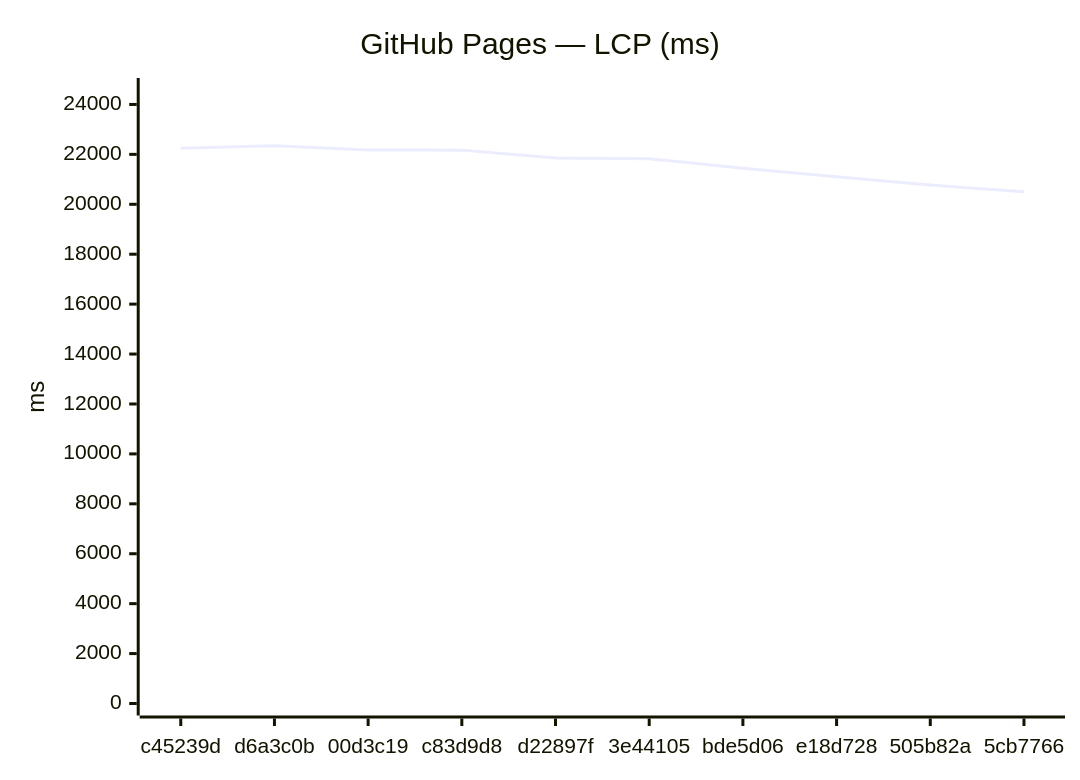
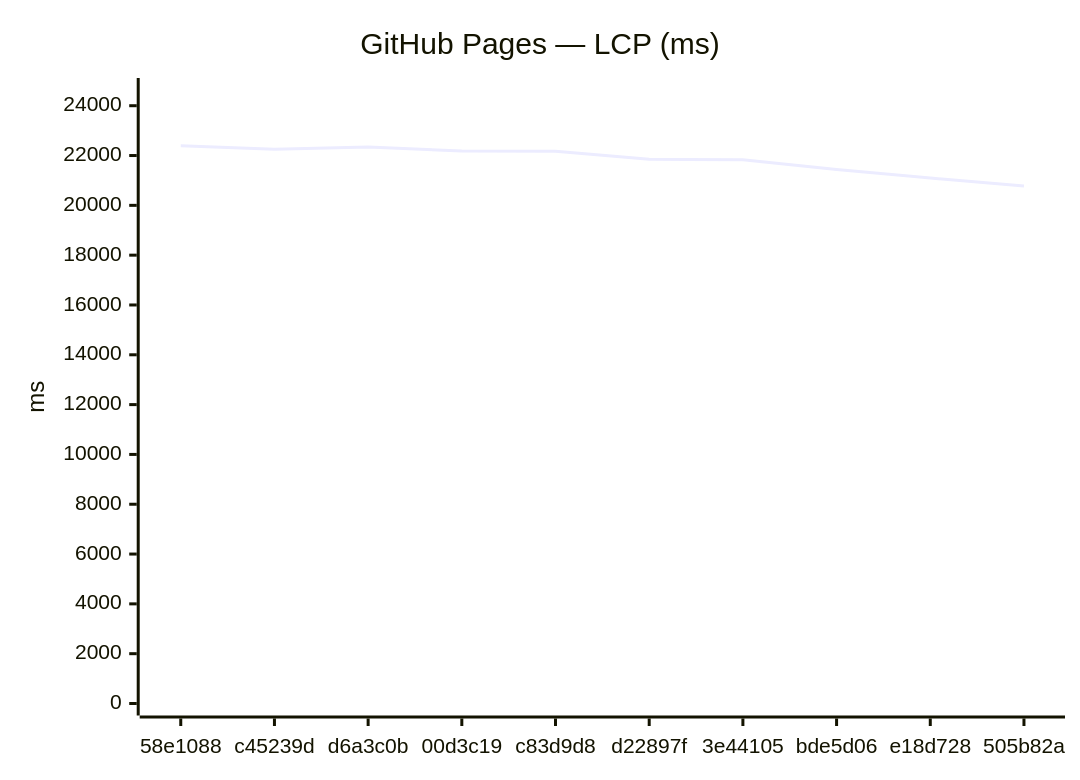
One commit to Metaheurist/Rianell changed the third of 18 diagrams in benchmarks/compare.md. Above: the diagram before and after it, drawn with Mermaid. The commit also changed other lines of this file and 11 other files, not shown here.

````diff
--- a/benchmarks/compare.md
+++ b/benchmarks/compare.md
@@ -54,7 +54,7 @@
 ```mermaid
 xychart-beta
     title "GitHub Pages — LCP (ms)"
-    x-axis ["c45239d", "d6a3c0b", "00d3c19", "c83d9d8", "d22897f", "3e44105", "bde5d06", "e18d728", "505b82a", "5cb7766"]
-    y-axis "ms" 0 --> 24579
-    line [22250, 22344, 22178, 22170, 21853, 21828, 21442, 21100, 20773, 20501]
+    x-axis ["58e1088", "c45239d", "d6a3c0b", "00d3c19", "c83d9d8", "d22897f", "3e44105", "bde5d06", "e18d728", "505b82a"]
+    y-axis "ms" 0 --> 24631
+    line [22391, 22250, 22344, 22178, 22170, 21853, 21828, 21442, 21100, 20773]
 ```
````
